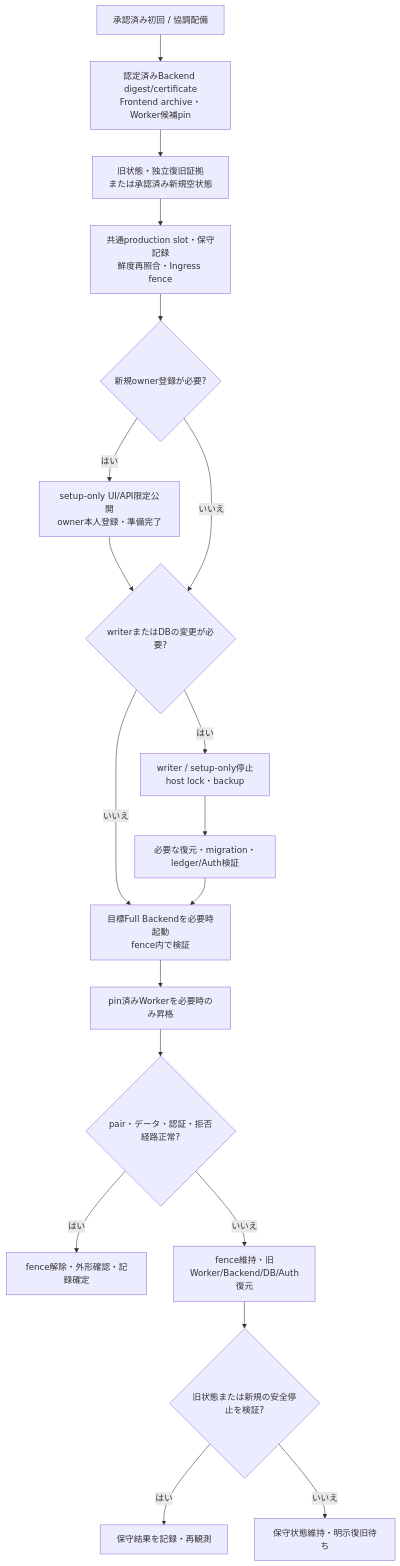
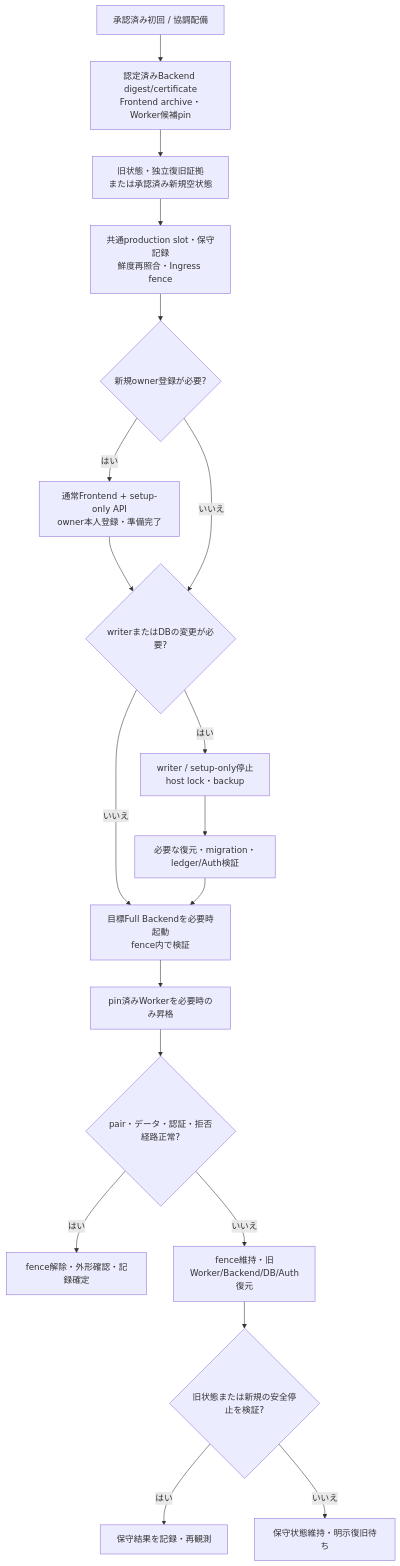
Before and after one commit to yohn-jp/codexia: the second of 2 diagrams in docs/deployment/DEPLOYMENT-LIFECYCLE.md, drawn with Mermaid. The commit also changed other lines of this file and 4 other files, not shown here.

Commit message:
docs(deployment): restore canonical first-owner architecture

````diff
--- a/docs/deployment/DEPLOYMENT-LIFECYCLE.md
+++ b/docs/deployment/DEPLOYMENT-LIFECYCLE.md
@@ -188,21 +188,21 @@
 ```mermaid
 flowchart TD
     START["承認済み初回 / 協調配備"] --> PIN["認定済みBackend digest/certificate<br/>Frontend archive・Worker候補pin"]
     PIN --> PRIOR["旧状態・独立復旧証拠<br/>または承認済み新規空状態"]
     PRIOR --> LOCK["共通production slot・保守記録<br/>鮮度再照合・Ingress fence"]
     LOCK --> SETUP{"新規owner登録が必要?"}
-    SETUP -->|はい| LIMITED["setup-only UI/API限定公開<br/>owner本人登録・準備完了"]
+    SETUP -->|はい| LIMITED["通常Frontend + setup-only API<br/>owner本人登録・準備完了"]
     LIMITED --> CHANGE{"writerまたはDBの変更が必要?"}
     SETUP -->|いいえ| CHANGE
     CHANGE -->|はい| QUIESCE["writer / setup-only停止<br/>host lock・backup"]
     CHANGE -->|いいえ| BACK
     QUIESCE --> DATA["必要な復元・migration・ledger/Auth検証"]
     DATA --> BACK["目標Full Backendを必要時起動<br/>fence内で検証"]
     BACK --> FRONT["pin済みWorkerを必要時のみ昇格"]
     FRONT --> CHECK{"pair・データ・認証・拒否経路正常?"}
     CHECK -->|はい| OPEN["fence解除・外形確認・記録確定"]
     CHECK -->|いいえ| FAIL["fence維持・旧Worker/Backend/DB/Auth復元"]
     FAIL --> VERIFY{"旧状態または新規の安全停止を検証?"}
     VERIFY -->|はい| HALT["保守結果を記録・再観測"]
     VERIFY -->|いいえ| BLOCK["保守状態維持・明示復旧待ち"]
 ```
````
